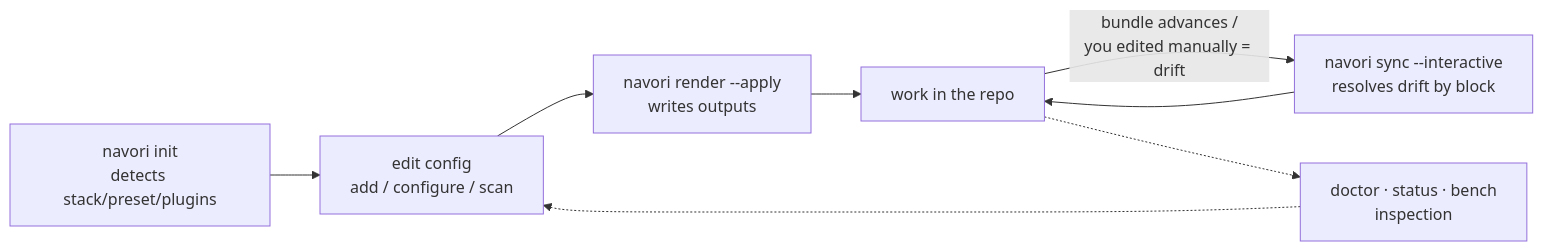
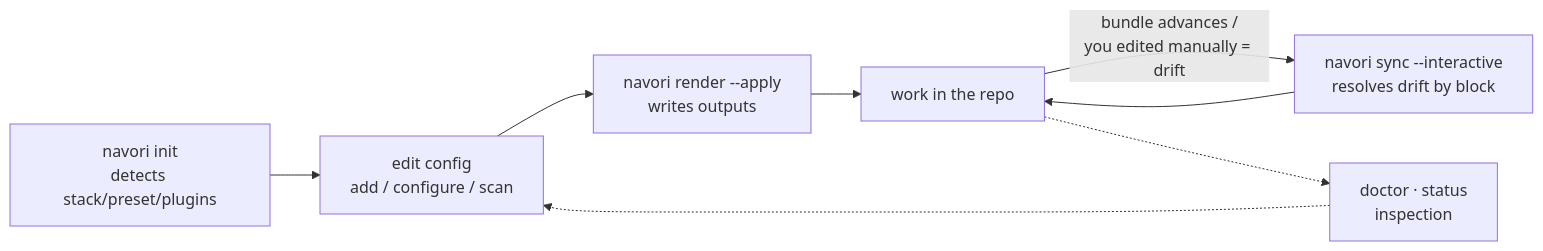
Before and after one commit to UlisesCm/navori-harness: the third of 3 diagrams in docs/architecture.md, drawn with Mermaid. The commit also changed 74 other files, not shown here.

````diff
--- a/docs/architecture.md
+++ b/docs/architecture.md
@@ -93,21 +93,21 @@
 ```mermaid
 flowchart LR
     INIT["navori init<br/>detects stack/preset/plugins"]
     EDIT["edit config<br/>add / configure / scan"]
     RENDER["navori render --apply<br/>writes outputs"]
     WORK["work in the repo"]
     SYNC["navori sync --interactive<br/>resolves drift by block"]
-    INSPECT["doctor · status · bench<br/>inspection"]
+    INSPECT["doctor · status<br/>inspection"]
 
     INIT --> EDIT --> RENDER --> WORK
     WORK -- "bundle advances /<br/>you edited manually = drift" --> SYNC
     SYNC --> WORK
     WORK -.-> INSPECT
     INSPECT -.-> EDIT
 
     click INIT "../packages/cli/src/commands/init.ts" "init"
     click EDIT "../packages/cli/src/commands/add.ts" "add / configure"
     click RENDER "../packages/cli/src/commands/render.ts" "render"
     click SYNC "../packages/cli/src/commands/sync.ts" "sync"
-    click INSPECT "../packages/cli/src/commands/status.ts" "status / doctor / bench"
+    click INSPECT "../packages/cli/src/commands/status.ts" "status / doctor"
 ```
````
